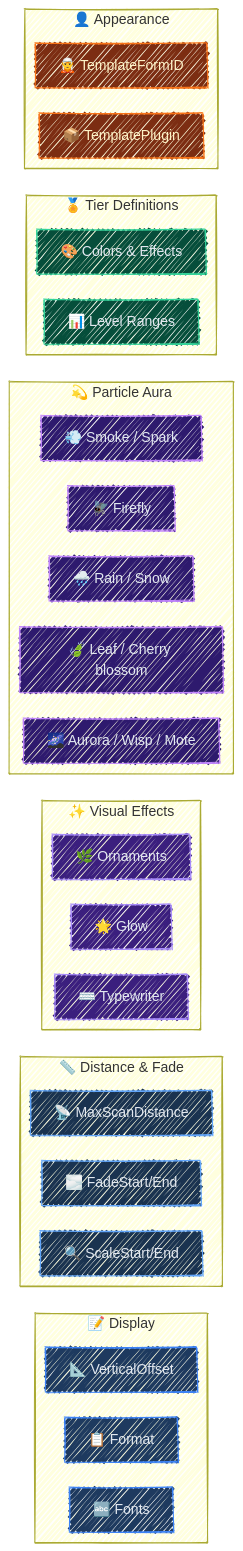
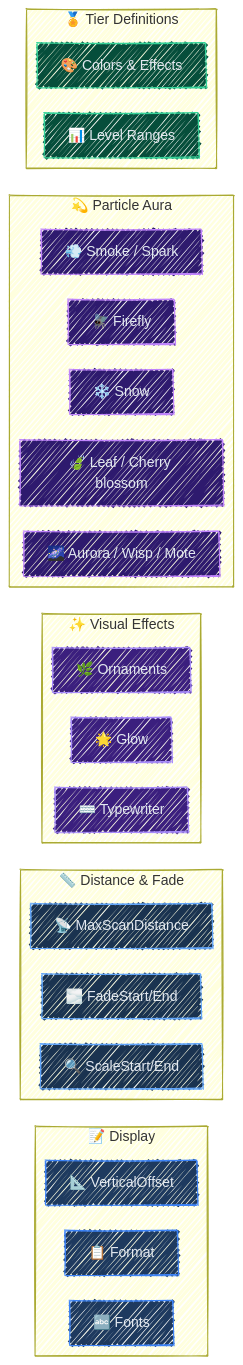
One commit to lextpf/glyph changed the second of 3 diagrams in README.md. Above: the diagram before and after it, drawn with Mermaid. The commit also changed other lines of this file, not shown here.

Commit message:
📝 Refocus README on nameplates; drop appearance and external

````diff
--- a/README.md
+++ b/README.md
@@ -301,53 +299,48 @@
 ```mermaid
 ---
 config:
   look: handDrawn
   theme: mc
   themeVariables:
     fontSize: 18px
   layout: elk
 ---
 graph LR
     classDef display fill:#1e3a5f,stroke:#3b82f6,color:#e2e8f0
     classDef distance fill:#1a3350,stroke:#60a5fa,color:#e2e8f0
     classDef effects fill:#3b1f7e,stroke:#a78bfa,color:#e2e8f0
     classDef particles fill:#2e1a6e,stroke:#c084fc,color:#e2e8f0
     classDef tiers fill:#064e3b,stroke:#34d399,color:#e2e8f0
-    classDef template fill:#7c2d12,stroke:#f97316,color:#fef3c7
 
     subgraph Display["📝 Display"]
         FMT["📋 Format"]:::display
         FONT["🔤 Fonts"]:::display
         VERT["📐 VerticalOffset"]:::display
     end
 
     subgraph Distance["📏 Distance & Fade"]
         FADE["🌫️ FadeStart/End"]:::distance
         SCALE["🔍 ScaleStart/End"]:::distance
         SCAN["📡 MaxScanDistance"]:::distance
     end
 
     subgraph Effects["✨ Visual Effects"]
         GLOW["🌟 Glow"]:::effects
         TYPE["⌨️ Typewriter"]:::effects
         ORNA["🌿 Ornaments"]:::effects
     end
 
     subgraph Particles["💫 Particle Aura"]
         FIREFLY["🪰 Firefly"]:::particles
-        RAINSNOW["🌧️ Rain / Snow"]:::particles
+        SNOW["❄️ Snow"]:::particles
         SMOKE["💨 Smoke / Spark"]:::particles
         FLORA["🍃 Leaf / Cherry blossom"]:::particles
         AURORA["🌌 Aurora / Wisp / Mote"]:::particles
     end
 
     subgraph Tiers["🏅 Tier Definitions"]
         TIER["🎨 Colors & Effects"]:::tiers
         LEVEL["📊 Level Ranges"]:::tiers
     end
 
-    subgraph Template["👤 Appearance"]
-        NPC["🧝 TemplateFormID"]:::template
-        PLUGIN["📦 TemplatePlugin"]:::template
-    end
 ```
````
